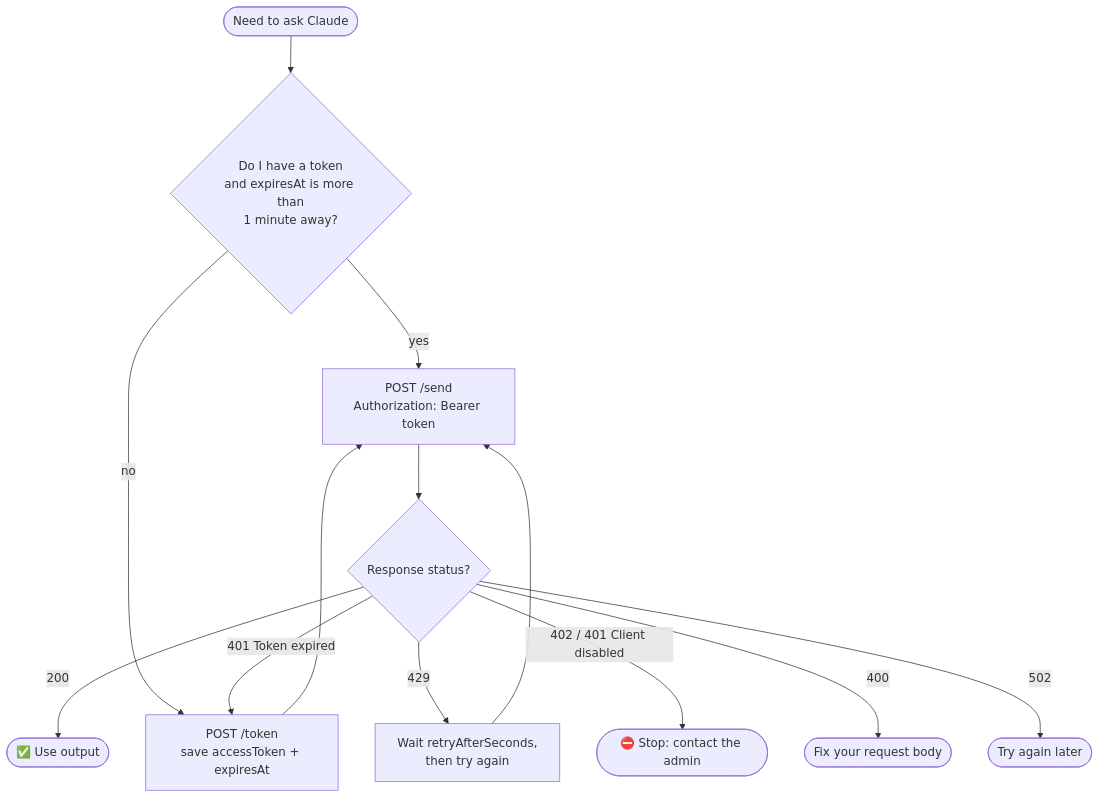
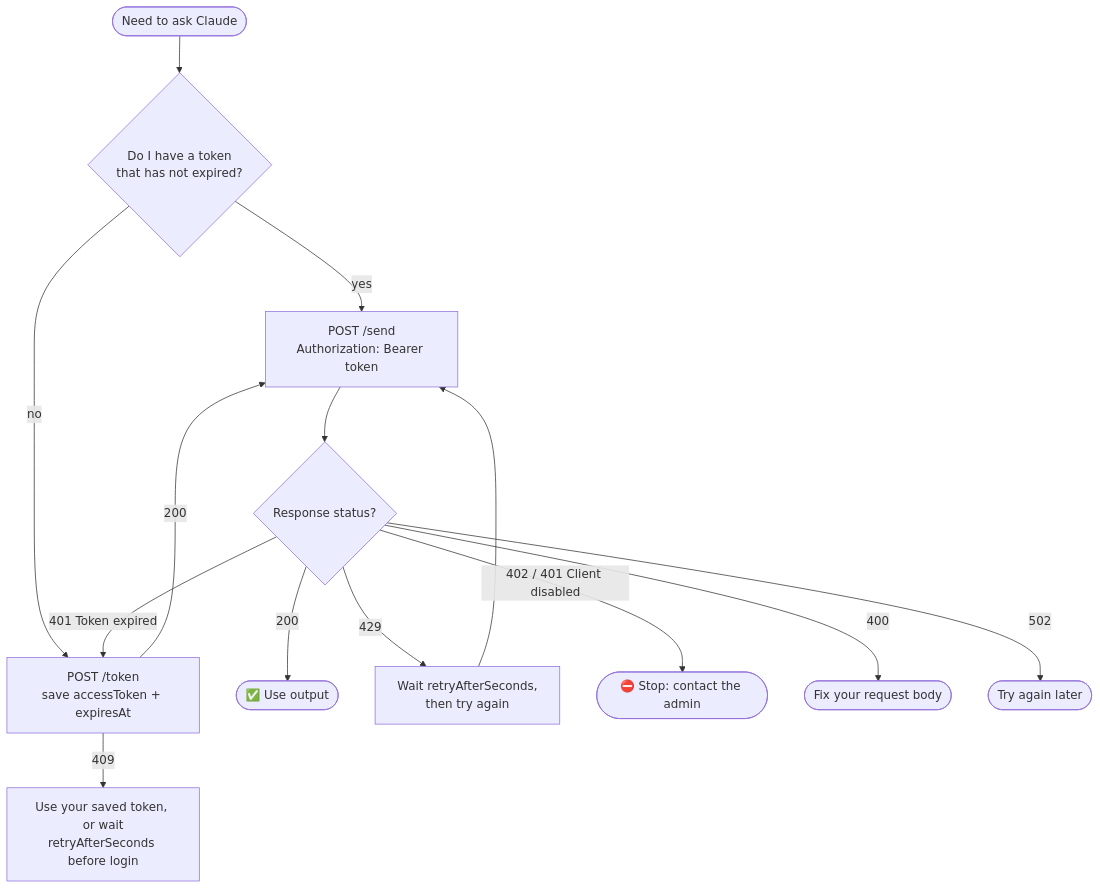
Before and after one commit to ParampreetSingh23/claude-wrapper-ai: the second of 2 diagrams in CLIENT_GUIDE.md, drawn with Mermaid. The commit also changed other lines of this file and 11 other files, not shown here.

````diff
--- a/CLIENT_GUIDE.md
+++ b/CLIENT_GUIDE.md
@@ -58,14 +58,15 @@
 ```mermaid
 flowchart TD
-    A(["Need to ask Claude"]) --> B{"Do I have a token<br/>and expiresAt is more than<br/>1 minute away?"}
+    A(["Need to ask Claude"]) --> B{"Do I have a token<br/>that has not expired?"}
     B -- yes --> D["POST /send<br/>Authorization: Bearer token"]
     B -- no --> C["POST /token<br/>save accessToken + expiresAt"]
-    C --> D
+    C -- "200" --> D
+    C -- "409" --> L["Use your saved token, or wait<br/>retryAfterSeconds before login"]
     D --> E{"Response status?"}
     E -- "200" --> F(["✅ Use output"])
     E -- "401 Token expired" --> C
     E -- "429" --> W["Wait retryAfterSeconds,<br/>then try again"] --> D
     E -- "402 / 401 Client disabled" --> X(["⛔ Stop: contact the admin"])
     E -- "400" --> Y(["Fix your request body"])
     E -- "502" --> Z(["Try again later"])
 ```
````
